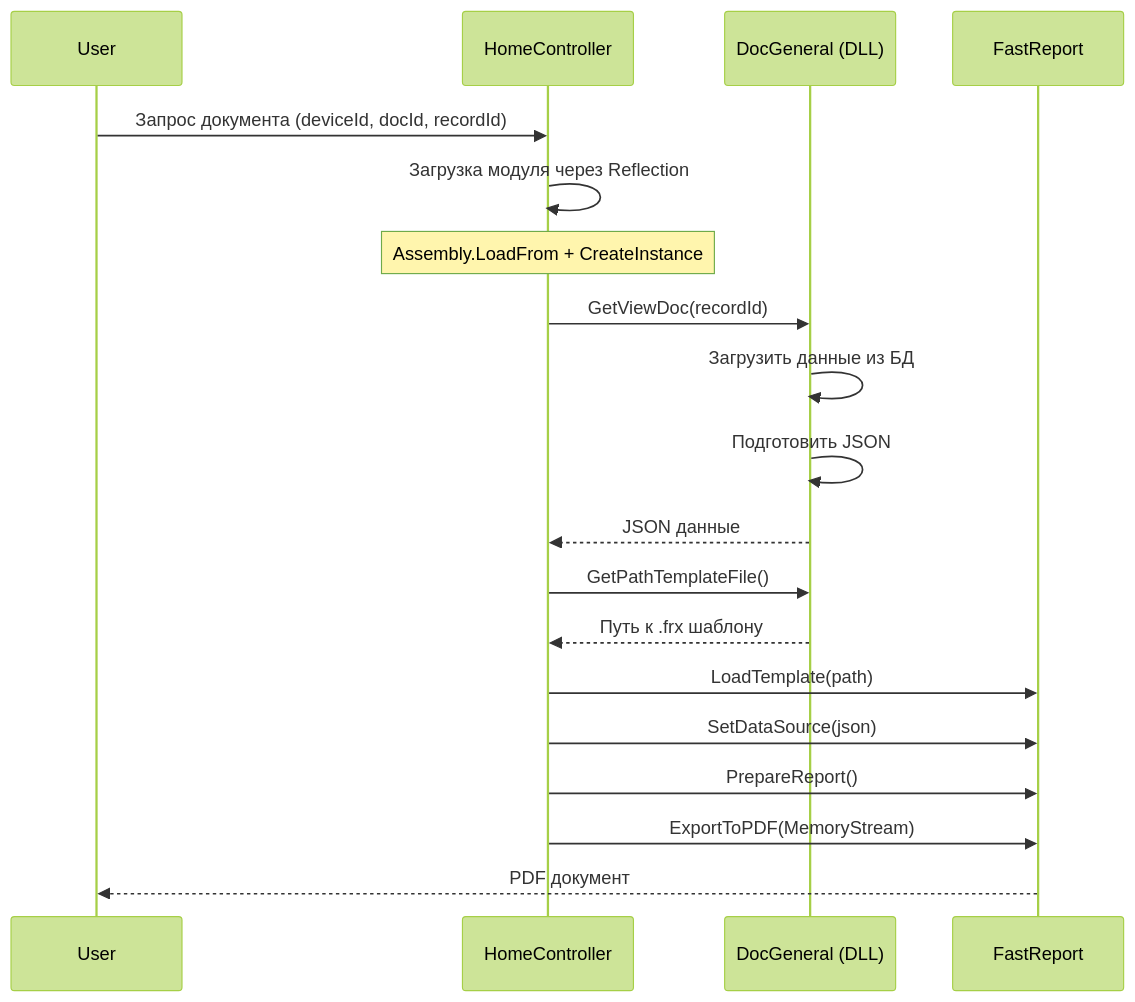
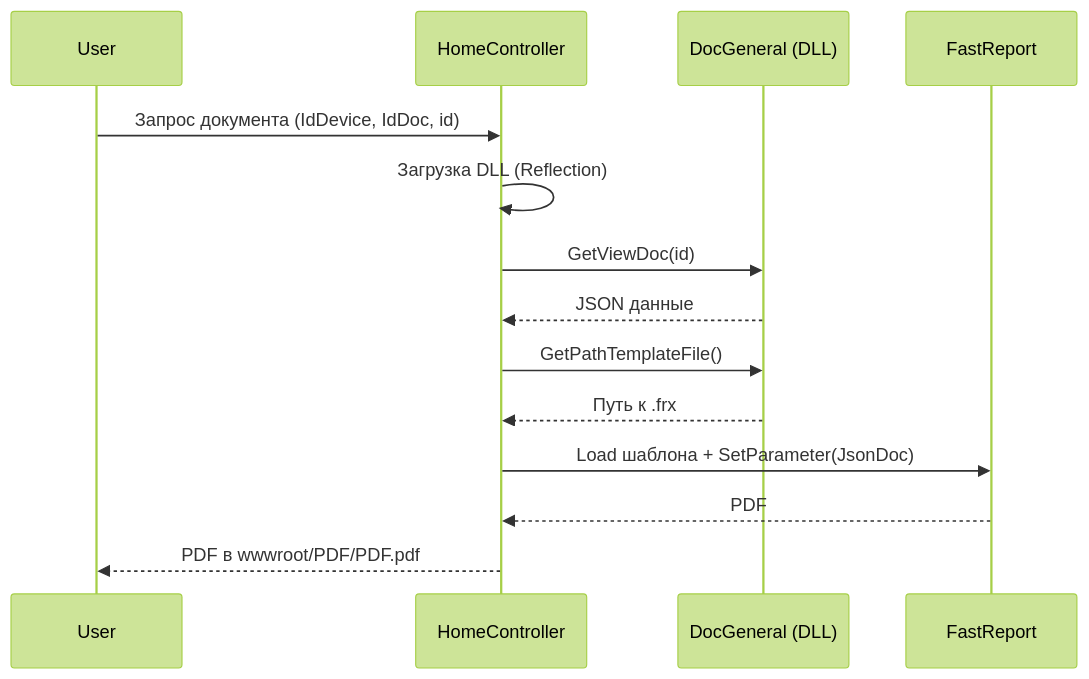
One commit to tn-ivk/tn-doc changed the second of 2 diagrams in docs/architecture/overview.md. Above: the diagram before and after it, drawn with Mermaid (forest theme). The commit also changed other lines of this file and 18 other files, not shown here.

````diff
--- a/docs/architecture/overview.md
+++ b/docs/architecture/overview.md
@@ -180,26 +86,17 @@
 ```mermaid
 sequenceDiagram
     participant User
     participant HomeController
     participant DocModule as DocGeneral (DLL)
     participant FastReport
 
-    User->>HomeController: Запрос документа (deviceId, docId, recordId)
-    HomeController->>HomeController: Загрузка модуля через Reflection
-    Note over HomeController: Assembly.LoadFrom + CreateInstance
-
-    HomeController->>DocModule: GetViewDoc(recordId)
-    DocModule->>DocModule: Загрузить данные из БД
-    DocModule->>DocModule: Подготовить JSON
+    User->>HomeController: Запрос документа (IdDevice, IdDoc, id)
+    HomeController->>HomeController: Загрузка DLL (Reflection)
+    HomeController->>DocModule: GetViewDoc(id)
     DocModule-->>HomeController: JSON данные
-
     HomeController->>DocModule: GetPathTemplateFile()
-    DocModule-->>HomeController: Путь к .frx шаблону
-
-    HomeController->>FastReport: LoadTemplate(path)
-    HomeController->>FastReport: SetDataSource(json)
-    HomeController->>FastReport: PrepareReport()
-    HomeController->>FastReport: ExportToPDF(MemoryStream)
-
-    FastReport-->>User: PDF документ
+    DocModule-->>HomeController: Путь к .frx
+    HomeController->>FastReport: Load шаблона + SetParameter(JsonDoc)
+    FastReport-->>HomeController: PDF
+    HomeController-->>User: PDF в wwwroot/PDF/PDF.pdf
 ```
````
